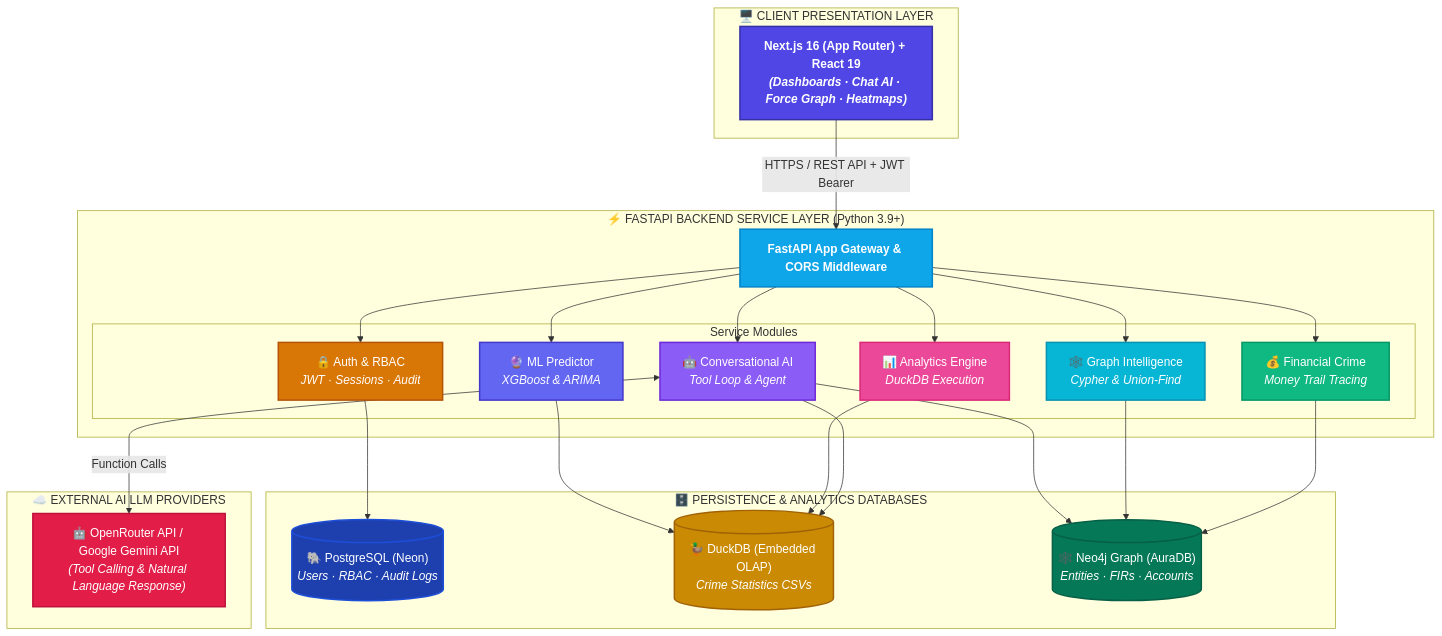
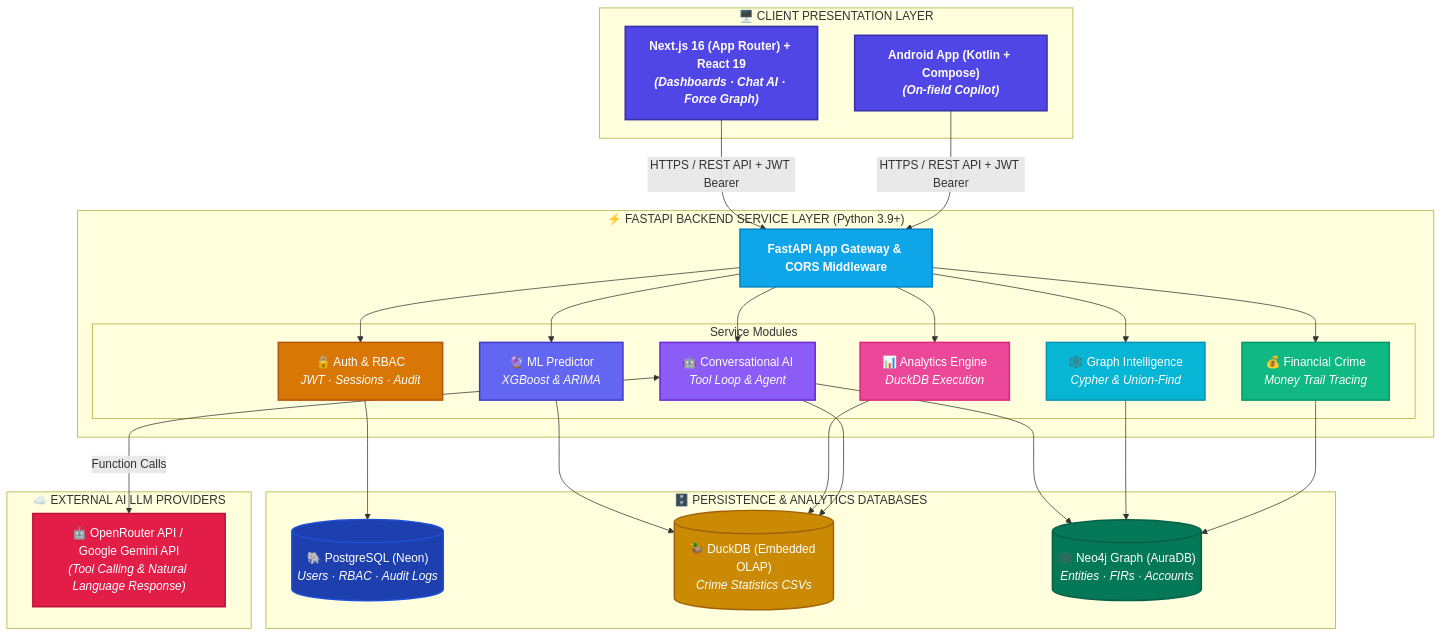
One commit to 8ernity/CrimeRakshak changed the first of 3 diagrams in README.md. Above: the diagram before and after it, drawn with Mermaid. The commit also changed other lines of this file, not shown here.

````diff
--- a/README.md
+++ b/README.md
@@ -60,55 +61,57 @@
 ```mermaid
 flowchart TB
     %% Styling Definitions
     classDef clientStyle fill:#4F46E5,stroke:#3730A3,stroke-width:2px,color:#FFFFFF,font-weight:bold
     classDef apiStyle fill:#0EA5E9,stroke:#0284C7,stroke-width:2px,color:#FFFFFF,font-weight:bold
     classDef authStyle fill:#D97706,stroke:#B45309,stroke-width:2px,color:#FFFFFF
     classDef aiStyle fill:#8B5CF6,stroke:#6D28D9,stroke-width:2px,color:#FFFFFF
     classDef graphStyle fill:#06B6D4,stroke:#0891B2,stroke-width:2px,color:#FFFFFF
     classDef finStyle fill:#10B981,stroke:#059669,stroke-width:2px,color:#FFFFFF
     classDef analyticsStyle fill:#EC4899,stroke:#DB2777,stroke-width:2px,color:#FFFFFF
     classDef mlStyle fill:#6366F1,stroke:#4338CA,stroke-width:2px,color:#FFFFFF
     classDef dbPgStyle fill:#1E40AF,stroke:#1D4ED8,stroke-width:2px,color:#FFFFFF
     classDef dbDuckStyle fill:#CA8A04,stroke:#A16207,stroke-width:2px,color:#FFFFFF
     classDef dbNeoStyle fill:#047857,stroke:#065F46,stroke-width:2px,color:#FFFFFF
     classDef llmStyle fill:#E11D48,stroke:#BE123C,stroke-width:2px,color:#FFFFFF
 
     subgraph ClientLayer["🖥️ CLIENT PRESENTATION LAYER"]
-        UI["Next.js 16 (App Router) + React 19<br/><i>(Dashboards · Chat AI · Force Graph · Heatmaps)</i>"]:::clientStyle
+        UI["Next.js 16 (App Router) + React 19<br/><i>(Dashboards · Chat AI · Force Graph)</i>"]:::clientStyle
+        Mobile["Android App (Kotlin + Compose)<br/><i>(On-field Copilot)</i>"]:::clientStyle
     end
 
     UI -->|HTTPS / REST API + JWT Bearer| FastAPI
+    Mobile -->|HTTPS / REST API + JWT Bearer| FastAPI
 
     subgraph BackendLayer["⚡ FASTAPI BACKEND SERVICE LAYER (Python 3.9+)"]
         FastAPI["FastAPI App Gateway & CORS Middleware"]:::apiStyle
 
         subgraph CoreModules["Service Modules"]
             Auth["🔒 Auth & RBAC<br/><i>JWT · Sessions · Audit</i>"]:::authStyle
             ChatAI["🤖 Conversational AI<br/><i>Tool Loop & Agent</i>"]:::aiStyle
             GraphIntel["🕸️ Graph Intelligence<br/><i>Cypher & Union-Find</i>"]:::graphStyle
             Financial["💰 Financial Crime<br/><i>Money Trail Tracing</i>"]:::finStyle
             Analytics["📊 Analytics Engine<br/><i>DuckDB Execution</i>"]:::analyticsStyle
             Predictor["🔮 ML Predictor<br/><i>XGBoost & ARIMA</i>"]:::mlStyle
         end
 
         FastAPI --> Auth & ChatAI & GraphIntel & Financial & Analytics & Predictor
     end
 
     subgraph StorageLayer["🗄️ PERSISTENCE & ANALYTICS DATABASES"]
         PG[("🐘 PostgreSQL (Neon)<br/><i>Users · RBAC · Audit Logs</i>")]:::dbPgStyle
         DuckDB[("🦆 DuckDB (Embedded OLAP)<br/><i>Crime Statistics CSVs</i>")]:::dbDuckStyle
         Neo4j[("🕸️ Neo4j Graph (AuraDB)<br/><i>Entities · FIRs · Accounts</i>")]:::dbNeoStyle
     end
 
     subgraph AICloud["☁️ EXTERNAL AI LLM PROVIDERS"]
         LLM["🤖 OpenRouter API / Google Gemini API<br/><i>(Tool Calling & Natural Language Response)</i>"]:::llmStyle
     end
 
     Auth --> PG
     Predictor --> DuckDB
     Analytics --> DuckDB
     ChatAI <-->|Function Calls| LLM
     ChatAI --> DuckDB & Neo4j
     GraphIntel --> Neo4j
     Financial --> Neo4j
 ```
````
